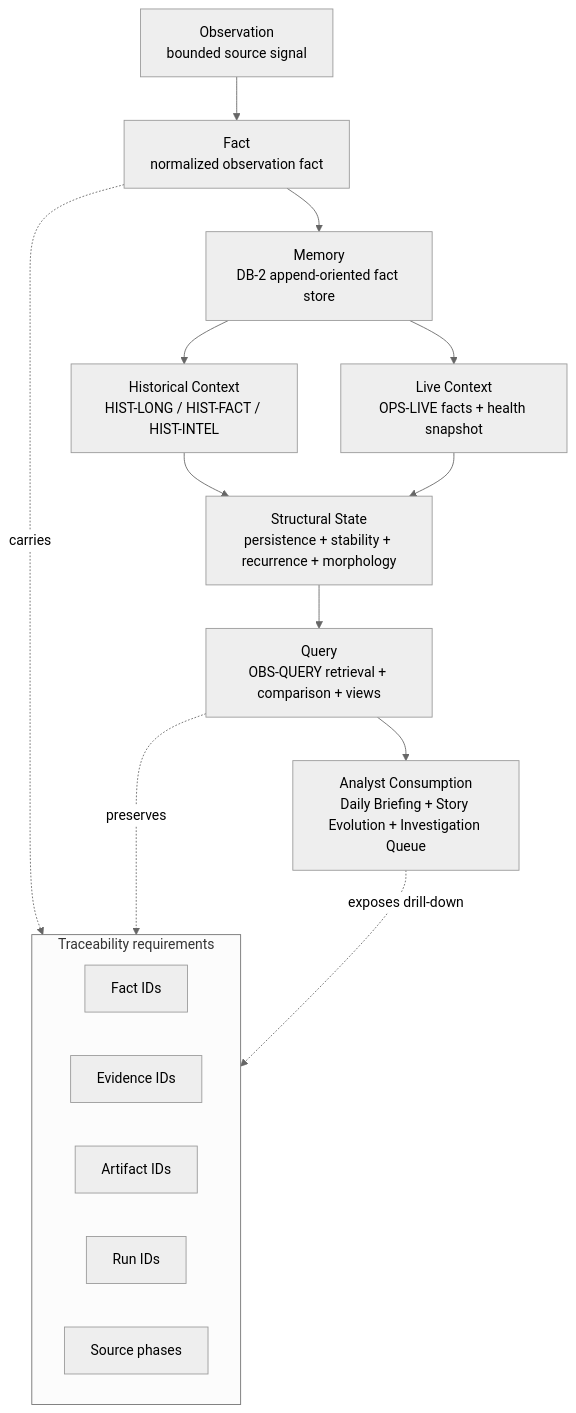
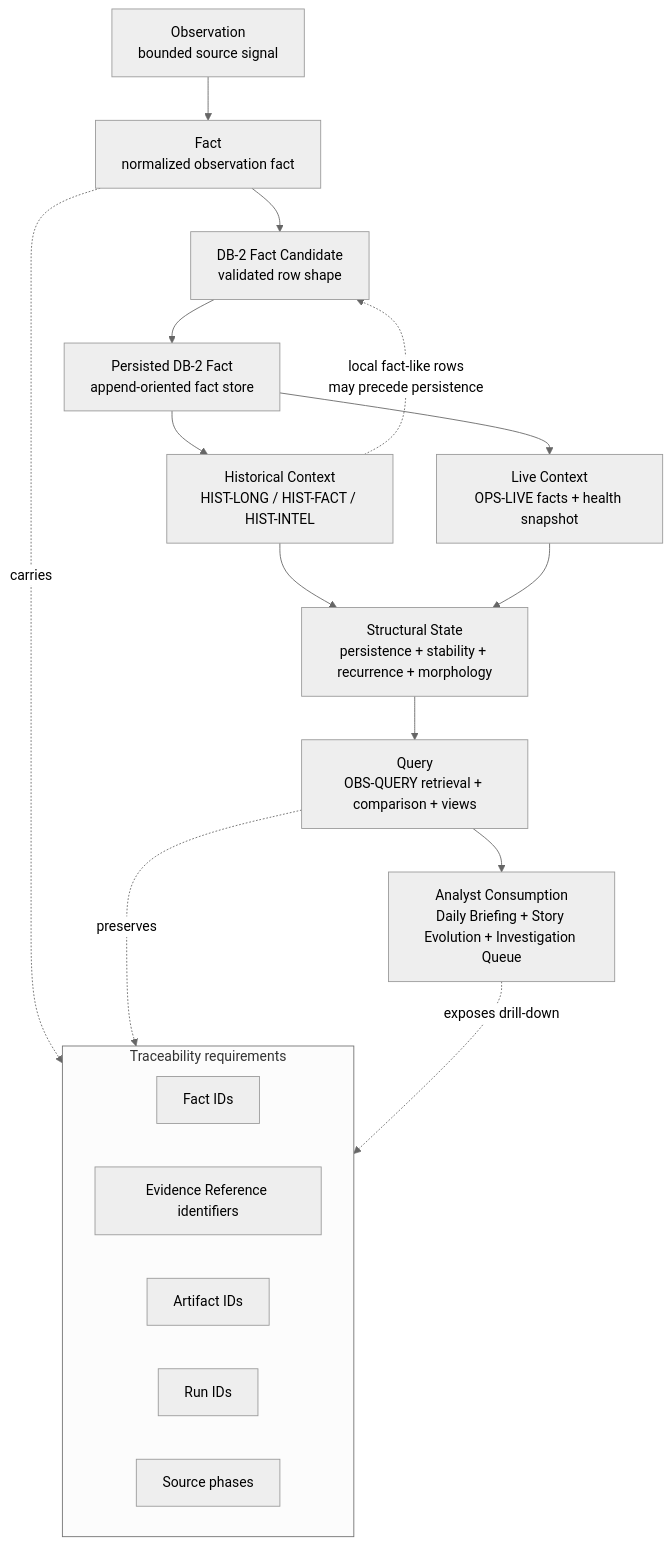
One commit to qeqeqeqeai-sys/ai-portfolio-production-pipeline changed the diagram in whitepaper_source_pack/diagrams/sefi_intelligence_lifecycle.md. Above: the diagram before and after it, drawn with Mermaid (neutral theme). The commit also changed 18 other files, not shown here.

Commit message:
Normalize source pack architecture semantics

````diff
--- a/whitepaper_source_pack/diagrams/sefi_intelligence_lifecycle.md
+++ b/whitepaper_source_pack/diagrams/sefi_intelligence_lifecycle.md
@@ -3,31 +3,34 @@
 ```mermaid
 flowchart TD
     A[Observation
 bounded source signal] --> B[Fact
 normalized observation fact]
-    B --> C[Memory
-DB-2 append-oriented fact store]
+    B --> K[DB-2 Fact Candidate
+validated row shape]
+    K --> C[Persisted DB-2 Fact
+append-oriented fact store]
     C --> D[Historical Context
 HIST-LONG / HIST-FACT / HIST-INTEL]
+    D -. local fact-like rows\nmay precede persistence .-> K
     C --> E[Live Context
 OPS-LIVE facts + health snapshot]
     D --> F[Structural State
 persistence + stability + recurrence + morphology]
     E --> F
     F --> G[Query
 OBS-QUERY retrieval + comparison + views]
     G --> H[Analyst Consumption
 Daily Briefing + Story Evolution + Investigation Queue]
 
     subgraph Traceability[Traceability requirements]
         T1[Fact IDs]
-        T2[Evidence IDs]
+        T2[Evidence Reference identifiers]
         T3[Artifact IDs]
         T4[Run IDs]
         T5[Source phases]
     end
 
     B -. carries .-> Traceability
     G -. preserves .-> Traceability
     H -. exposes drill-down .-> Traceability
 ```
````
